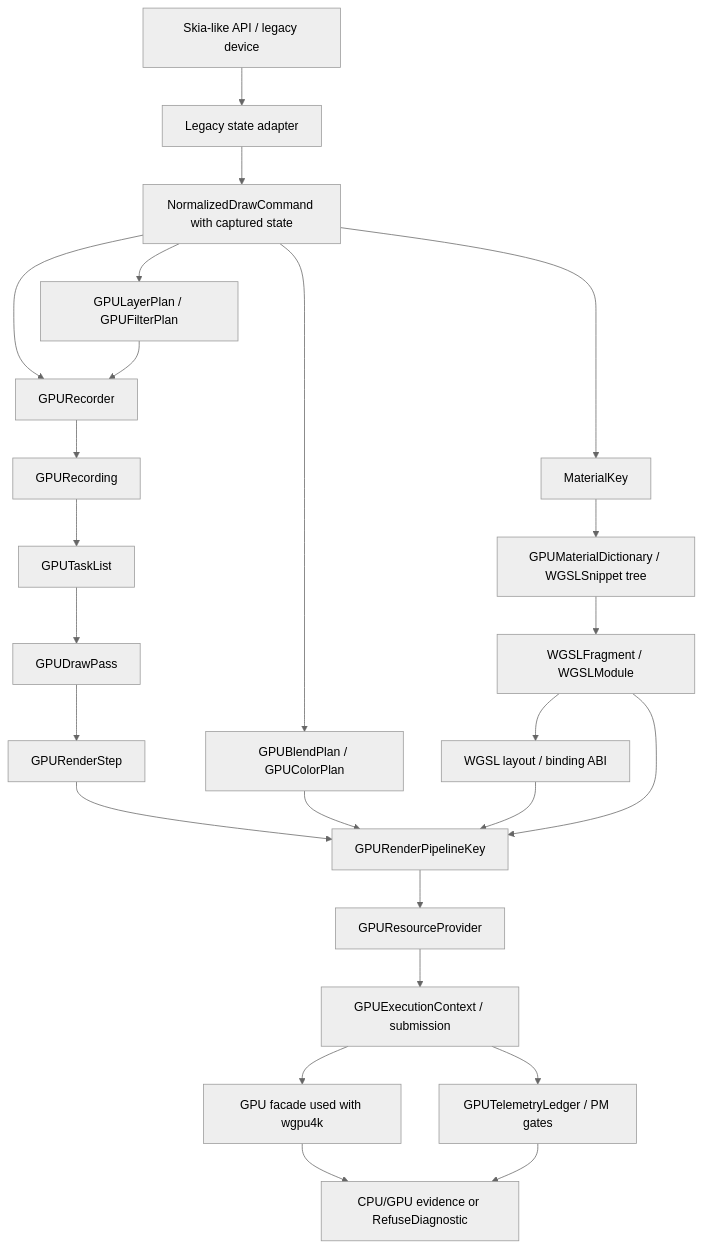
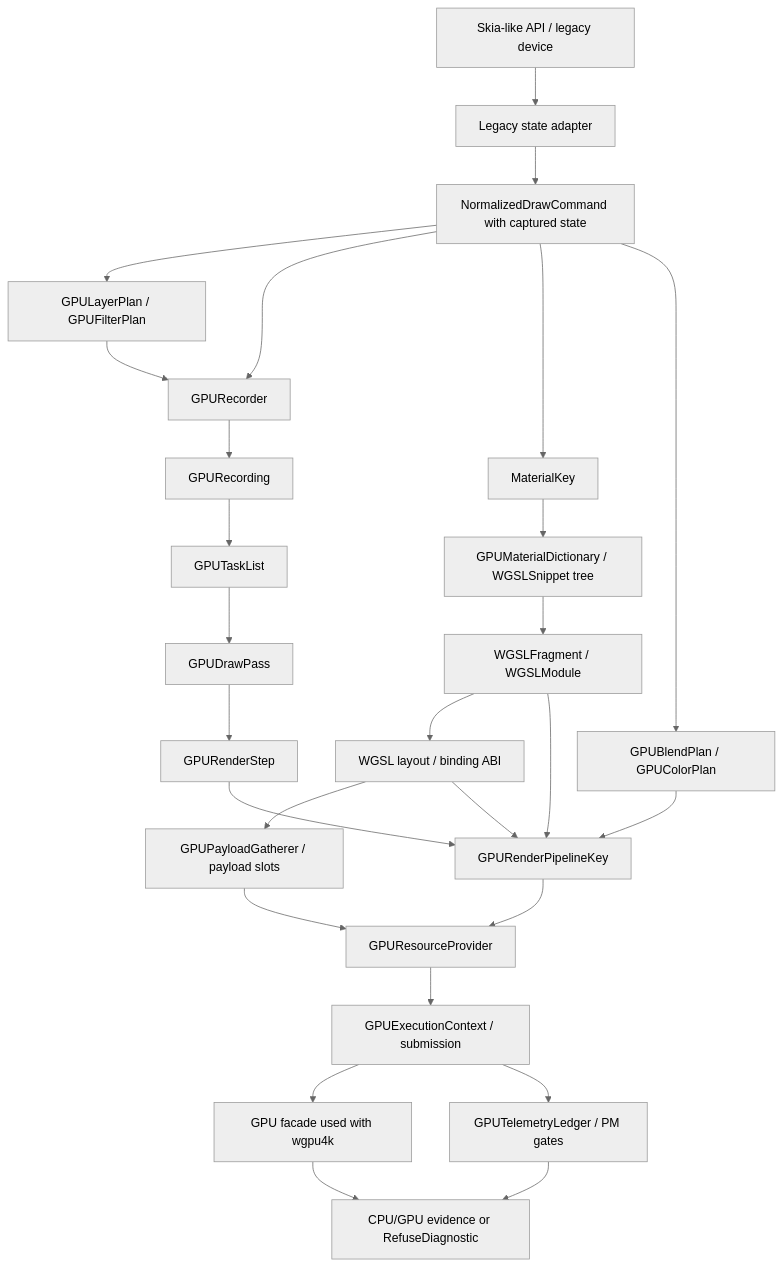
The diagram in .upstream/specs/gpu-renderer/README.md (ygdrasil-io/kanvas), drawn with Mermaid (neutral theme) before and after one commit. The commit also changed other lines of this file and 11 other files, not shown here.

````diff
--- a/.upstream/specs/gpu-renderer/README.md
+++ b/.upstream/specs/gpu-renderer/README.md
@@ -140,27 +145,29 @@
 ```mermaid
 flowchart TD
     legacy["Skia-like API / legacy device"] --> adapter["Legacy state adapter"]
     adapter --> command["NormalizedDrawCommand with captured state"]
     command --> layerplan["GPULayerPlan / GPUFilterPlan"]
     command --> recorder["GPURecorder"]
     layerplan --> recorder
     recorder --> recording["GPURecording"]
     recording --> tasks["GPUTaskList"]
     tasks --> drawpass["GPUDrawPass"]
     drawpass --> step["GPURenderStep"]
     command --> material["MaterialKey"]
     material --> dictionary["GPUMaterialDictionary / WGSLSnippet tree"]
     command --> blend["GPUBlendPlan / GPUColorPlan"]
     dictionary --> wgsl["WGSLFragment / WGSLModule"]
     wgsl --> abi["WGSL layout / binding ABI"]
+    abi --> payload["GPUPayloadGatherer / payload slots"]
     step --> pipeline["GPURenderPipelineKey"]
     blend --> pipeline
     abi --> pipeline
     wgsl --> pipeline
+    payload --> resources
     pipeline --> resources["GPUResourceProvider"]
     resources --> execution["GPUExecutionContext / submission"]
     execution --> facade["GPU facade used with wgpu4k"]
     execution --> telemetry["GPUTelemetryLedger / PM gates"]
     facade --> evidence["CPU/GPU evidence or RefuseDiagnostic"]
     telemetry --> evidence
 ```
````
